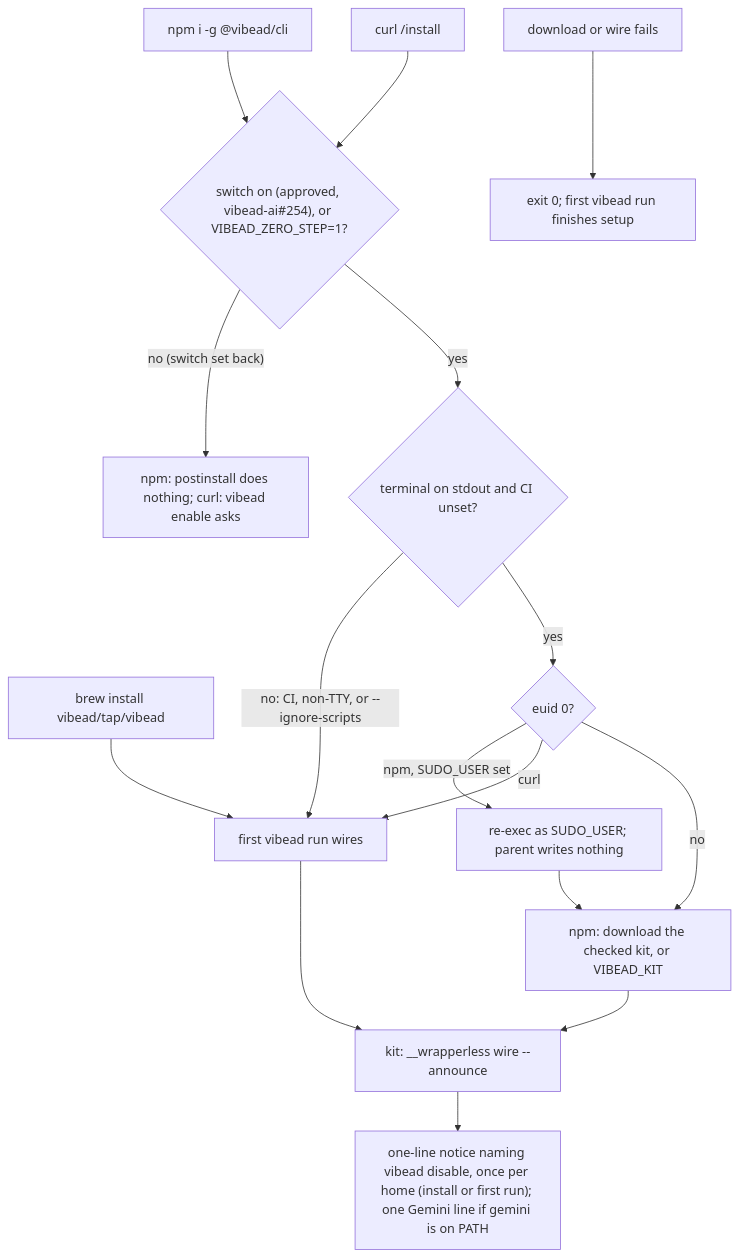
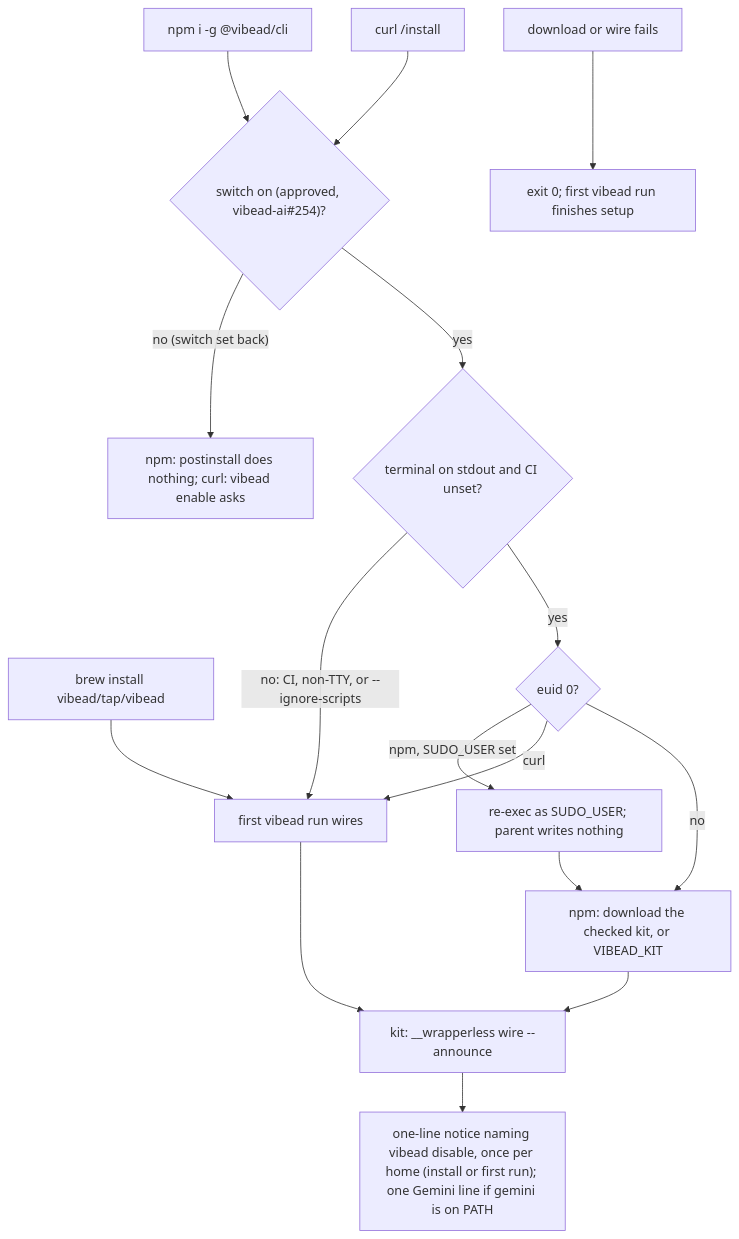
Before and after one commit to vibead/cli: the second of 3 diagrams in docs/system-design/README.md, drawn with Mermaid. The commit also changed other lines of this file and 7 other files, not shown here.

````diff
--- a/docs/system-design/README.md
+++ b/docs/system-design/README.md
@@ -69,18 +69,18 @@
 ```mermaid
 flowchart TD
-  Npm["npm i -g @vibead/cli"] --> Signed{"switch on (approved, vibead-ai#254), or VIBEAD_ZERO_STEP=1?"}
+  Npm["npm i -g @vibead/cli"] --> Signed{"switch on (approved, vibead-ai#254)?"}
   Curl["curl /install"] --> Signed
   Signed -- "no (switch set back)" --> Today["npm: postinstall does nothing; curl: vibead enable asks"]
   Signed -- yes --> Gate{"terminal on stdout and CI unset?"}
   Gate -- "no: CI, non-TTY, or --ignore-scripts" --> First["first vibead run wires"]
   Brew["brew install vibead/tap/vibead"] --> First
   Gate -- yes --> Drop{"euid 0?"}
   Drop -- "npm, SUDO_USER set" --> AsUser["re-exec as SUDO_USER; parent writes nothing"]
   Drop -- "curl" --> First
   Drop -- no --> Kit["npm: download the checked kit, or VIBEAD_KIT"]
   AsUser --> Kit
   Kit --> Wire["kit: __wrapperless wire --announce"]
   First --> Wire
   Wire --> Notice["one-line notice naming vibead disable, once per home (install or first run); one Gemini line if gemini is on PATH"]
   Fail["download or wire fails"] --> Later["exit 0; first vibead run finishes setup"]
 ```
````
